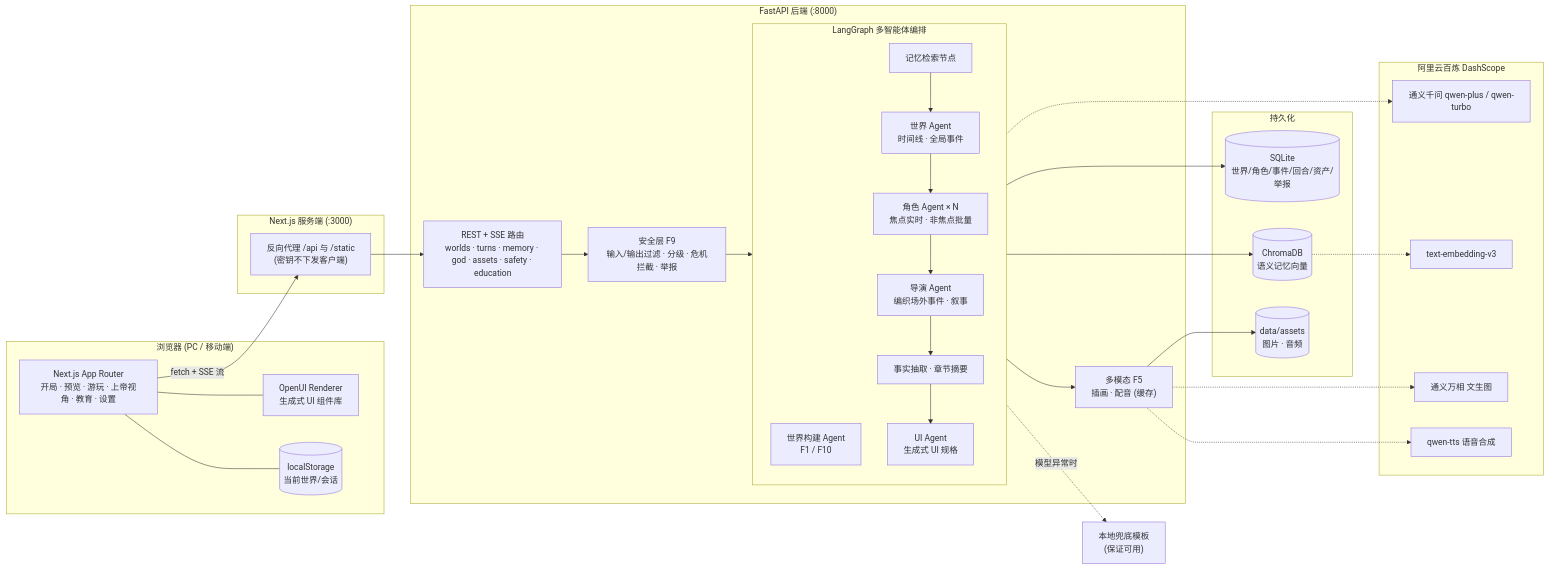
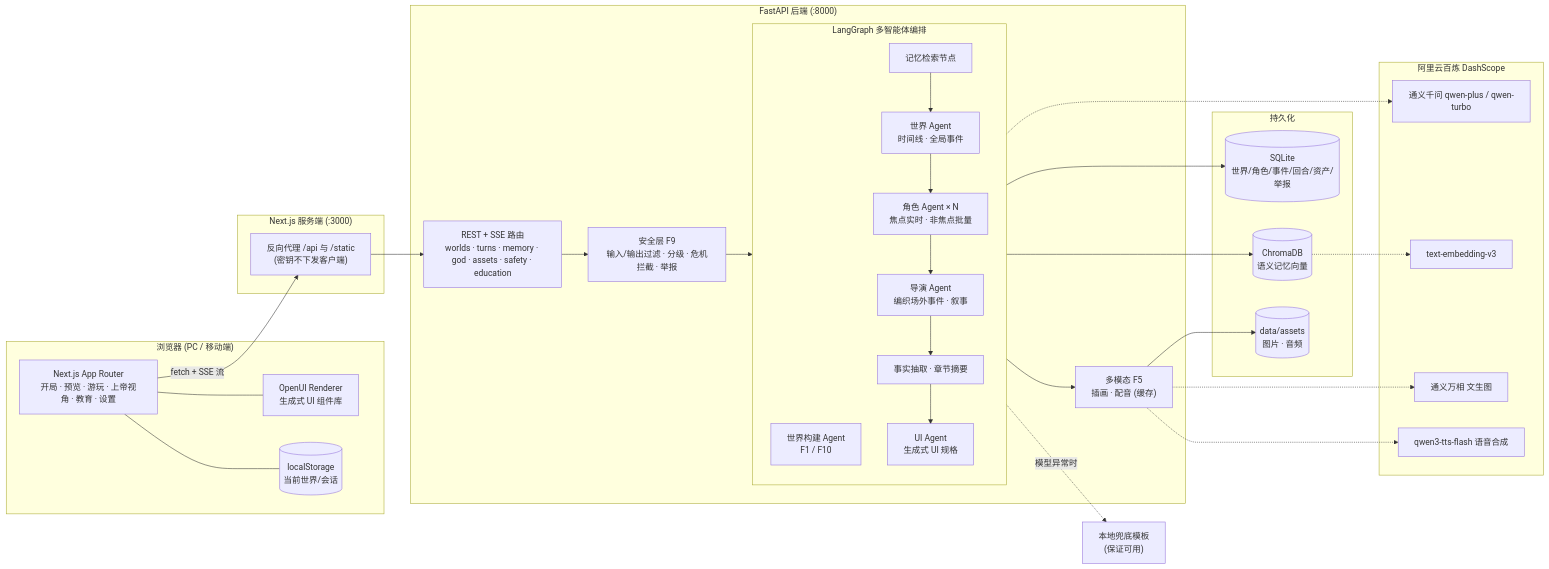
Before and after one commit to GooGuJiang/zhimeng: the diagram in README.md, drawn with Mermaid. The commit also changed other lines of this file and 21 other files, not shown here.

Commit message:
qa: 回归 BUG-001/002/004/005 (VERIFIED)、新增 BUG-006/007；契约测试收紧去重+qwen-tts 别名(真实模式)、BUG-004 静态路径/别名断言、reports 按 world_id(API v1.2)；E2E 用例独立运行+真实模式失败自动点重试、截图等动画结束；dev.sh 不再输出密钥长度；演示截图 01-13；README/qa-report 更新

````diff
--- a/README.md
+++ b/README.md
@@ -21,56 +21,56 @@
 ```mermaid
 flowchart LR
   subgraph Browser["浏览器 (PC / 移动端)"]
     UI["Next.js App Router<br/>开局 · 预览 · 游玩 · 上帝视角 · 教育 · 设置"]
     OUI["OpenUI Renderer<br/>生成式 UI 组件库"]
     LS[("localStorage<br/>当前世界/会话")]
     UI --- OUI
     UI --- LS
   end
 
   subgraph Next["Next.js 服务端 (:3000)"]
     RW["反向代理 /api 与 /static<br/>(密钥不下发客户端)"]
   end
 
   subgraph API["FastAPI 后端 (:8000)"]
     R["REST + SSE 路由<br/>worlds · turns · memory · god · assets · safety · education"]
     SAFE["安全层 F9<br/>输入/输出过滤 · 分级 · 危机拦截 · 举报"]
     subgraph LG["LangGraph 多智能体编排"]
       direction TB
       WB["世界构建 Agent<br/>F1 / F10"]
       MEM["记忆检索节点"]
       WA["世界 Agent<br/>时间线 · 全局事件"]
       NPC["角色 Agent × N<br/>焦点实时 · 非焦点批量"]
       DIR["导演 Agent<br/>编织场外事件 · 叙事"]
       EXT["事实抽取 · 章节摘要"]
       UIA["UI Agent<br/>生成式 UI 规格"]
       MEM --> WA --> NPC --> DIR --> EXT --> UIA
     end
     MM["多模态 F5<br/>插画 · 配音 (缓存)"]
     R --> SAFE --> LG
     LG --> MM
   end
 
   subgraph Store["持久化"]
     SQL[("SQLite<br/>世界/角色/事件/回合/资产/举报")]
     CH[("ChromaDB<br/>语义记忆向量")]
     FS[("data/assets<br/>图片 · 音频")]
   end
 
   subgraph Ali["阿里云百炼 DashScope"]
     QW["通义千问 qwen-plus / qwen-turbo"]
     EMB["text-embedding-v3"]
     WX["通义万相 文生图"]
-    TTS["qwen-tts 语音合成"]
+    TTS["qwen3-tts-flash 语音合成"]
   end
 
   UI -- "fetch + SSE 流" --> RW --> R
   LG --> SQL
   LG --> CH
   MM --> FS
   LG -.-> QW
   CH -.-> EMB
   MM -.-> WX
   MM -.-> TTS
   LG -. "模型异常时" .-> FB["本地兜底模板<br/>(保证可用)"]
 ```
````
